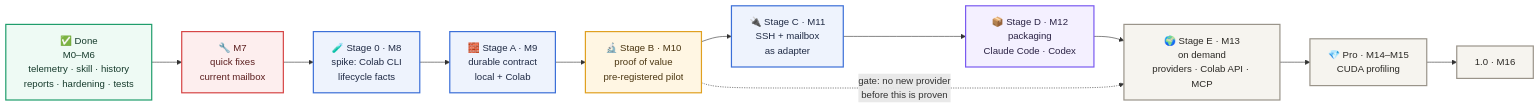
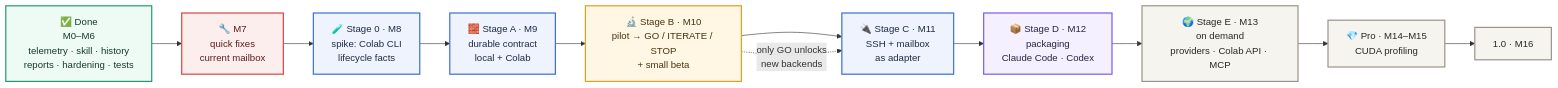
Before and after one commit to SergeyChere/MeetProxy: the diagram in ROADMAP.md, drawn with Mermaid. The commit also changed other lines of this file and 17 other files, not shown here.

````diff
--- a/ROADMAP.md
+++ b/ROADMAP.md
@@ -8,28 +8,28 @@
 ```mermaid
 flowchart LR
     D["✅ Done<br/>M0–M6<br/>telemetry · skill · history<br/>reports · hardening · tests"]
     Q["🔧 M7<br/>quick fixes<br/>current mailbox"]
     S0["🧪 Stage 0 · M8<br/>spike: Colab CLI<br/>lifecycle facts"]
     A["🧱 Stage A · M9<br/>durable contract<br/>local + Colab"]
-    B["🔬 Stage B · M10<br/>proof of value<br/>pre-registered pilot"]
+    B["🔬 Stage B · M10<br/>pilot → GO / ITERATE / STOP<br/>+ small beta"]
     C["🔌 Stage C · M11<br/>SSH + mailbox<br/>as adapter"]
     DD["📦 Stage D · M12<br/>packaging<br/>Claude Code · Codex"]
     E["🌍 Stage E · M13<br/>on demand<br/>providers · Colab API · MCP"]
     PRO["💎 Pro · M14–M15<br/>CUDA profiling"]
     V1["1.0 · M16"]
     D --> Q --> S0 --> A --> B --> C --> DD --> E --> PRO --> V1
-    B -. "gate: no new provider<br/>before this is proven" .-> E
+    B -. "only GO unlocks<br/>new backends" .-> C
 
     classDef done fill:#eefaf4,stroke:#1f9d6b,stroke-width:2px,color:#163b2c
     classDef fix fill:#fdeeee,stroke:#d64545,stroke-width:2px,color:#5a1d1d
     classDef core fill:#eef3fd,stroke:#3b6fd8,stroke-width:2px,color:#1f2a44
     classDef prove fill:#fff6e3,stroke:#e0a020,stroke-width:2px,color:#4a3510
     classDef rel fill:#f4f0ff,stroke:#7a5af0,stroke-width:2px,color:#2a2244
     classDef later fill:#f6f4ef,stroke:#9a948a,stroke-width:2px,color:#2b2925
     class D done
     class Q fix
     class S0,A,C core
     class B prove
     class DD rel
     class E,PRO,V1 later
 ```
````
